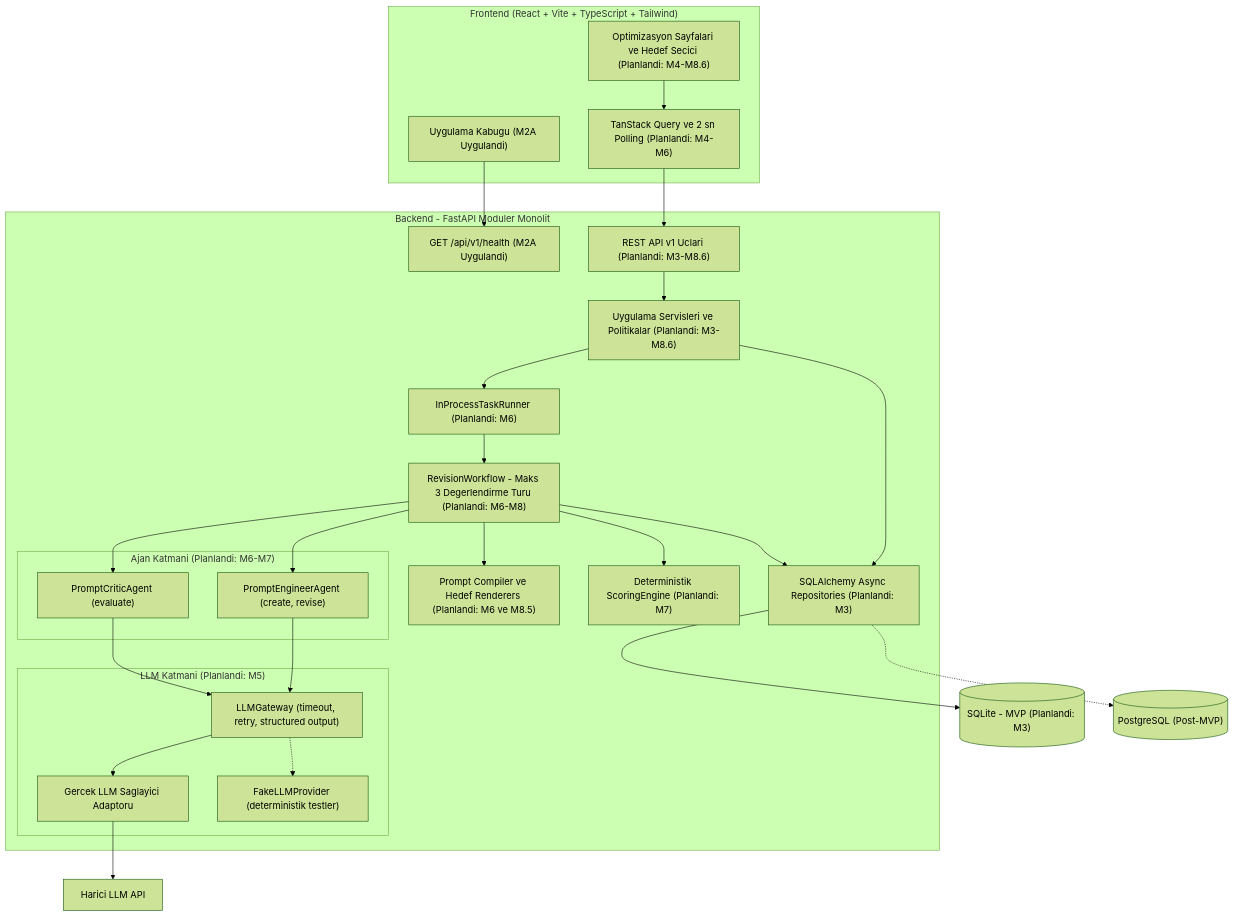
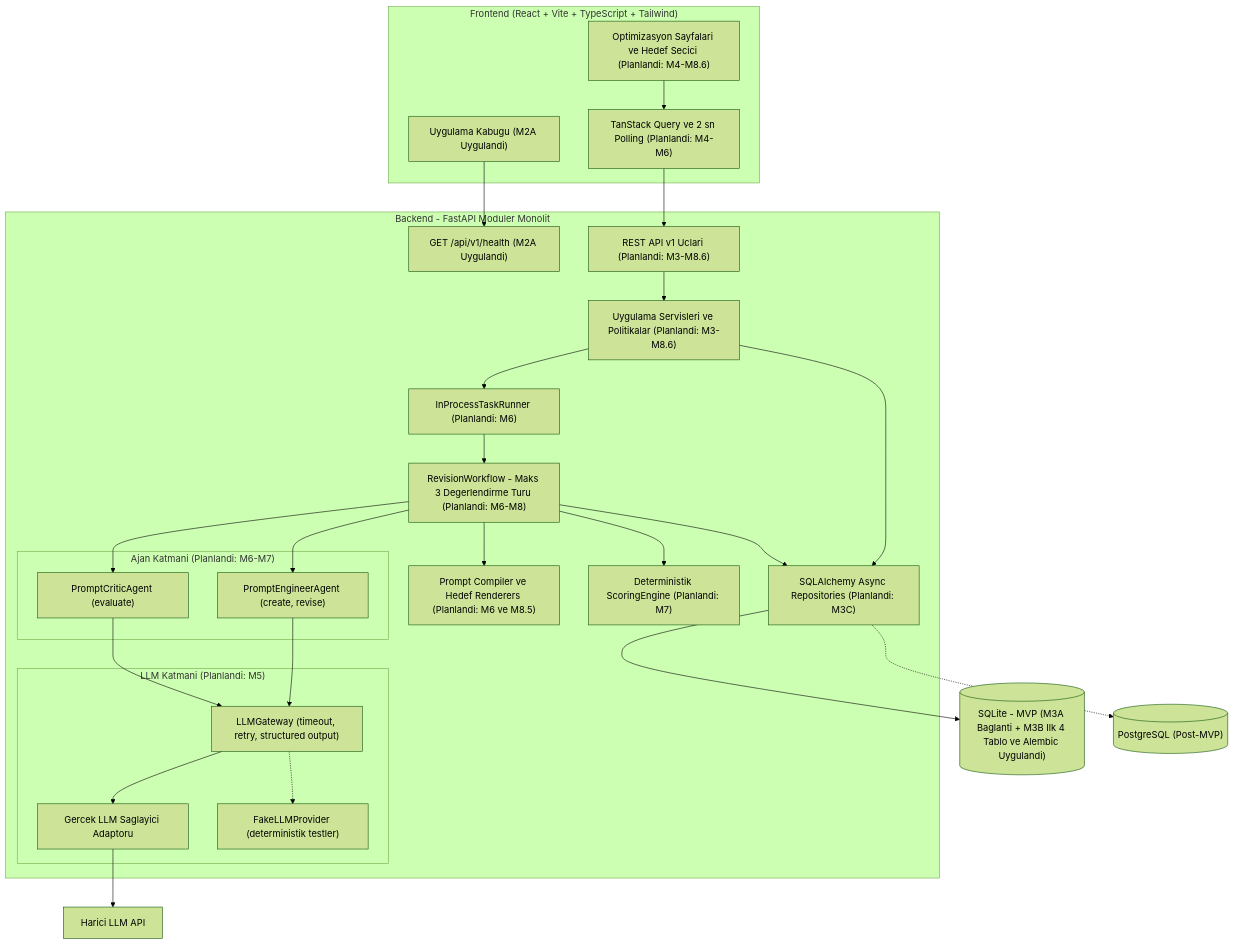
One commit to sinanturdu/PromptForge-AI changed the first of 5 diagrams in docs/architecture.md. Above: the diagram before and after it, drawn with Mermaid (forest theme). The commit also changed other lines of this file and 21 other files, not shown here.

````diff
--- a/docs/architecture.md
+++ b/docs/architecture.md
@@ -79,55 +80,55 @@
 ```mermaid
 flowchart TD
     subgraph FE["Frontend (React + Vite + TypeScript + Tailwind)"]
         UI["Uygulama Kabugu (M2A Uygulandi)"]
         PAGES["Optimizasyon Sayfalari ve Hedef Secici (Planlandi: M4-M8.6)"]
         POLL["TanStack Query ve 2 sn Polling (Planlandi: M4-M6)"]
     end
 
     subgraph BE["Backend - FastAPI Moduler Monolit"]
         HEALTH["GET /api/v1/health (M2A Uygulandi)"]
         API["REST API v1 Uclari (Planlandi: M3-M8.6)"]
         SVC["Uygulama Servisleri ve Politikalar (Planlandi: M3-M8.6)"]
         RUNNER["InProcessTaskRunner (Planlandi: M6)"]
         WF["RevisionWorkflow - Maks 3 Degerlendirme Turu (Planlandi: M6-M8)"]
         COMP["Prompt Compiler ve Hedef Renderers (Planlandi: M6 ve M8.5)"]
         SCORE["Deterministik ScoringEngine (Planlandi: M7)"]
 
         subgraph AGENTS["Ajan Katmani (Planlandi: M6-M7)"]
             PE["PromptEngineerAgent (create, revise)"]
             PC["PromptCriticAgent (evaluate)"]
         end
 
         subgraph LLMLAYER["LLM Katmani (Planlandi: M5)"]
             GW["LLMGateway (timeout, retry, structured output)"]
             PROV1["Gercek LLM Saglayici Adaptoru"]
             FAKE["FakeLLMProvider (deterministik testler)"]
         end
 
-        REPO["SQLAlchemy Async Repositories (Planlandi: M3)"]
+        REPO["SQLAlchemy Async Repositories (Planlandi: M3C)"]
     end
 
-    DB[("SQLite - MVP (Planlandi: M3)")]
+    DB[("SQLite - MVP (M3A Baglanti + M3B Ilk 4 Tablo ve Alembic Uygulandi)")]
     PG[("PostgreSQL (Post-MVP)")]
     EXT["Harici LLM API"]
 
     UI --> HEALTH
     PAGES --> POLL
     POLL --> API
     API --> SVC
     SVC --> REPO
     SVC --> RUNNER
     RUNNER --> WF
     WF --> PE
     WF --> COMP
     WF --> PC
     WF --> SCORE
     WF --> REPO
     PE --> GW
     PC --> GW
     GW --> PROV1
     GW -.-> FAKE
     PROV1 --> EXT
     REPO --> DB
     REPO -.-> PG
 ```
````
